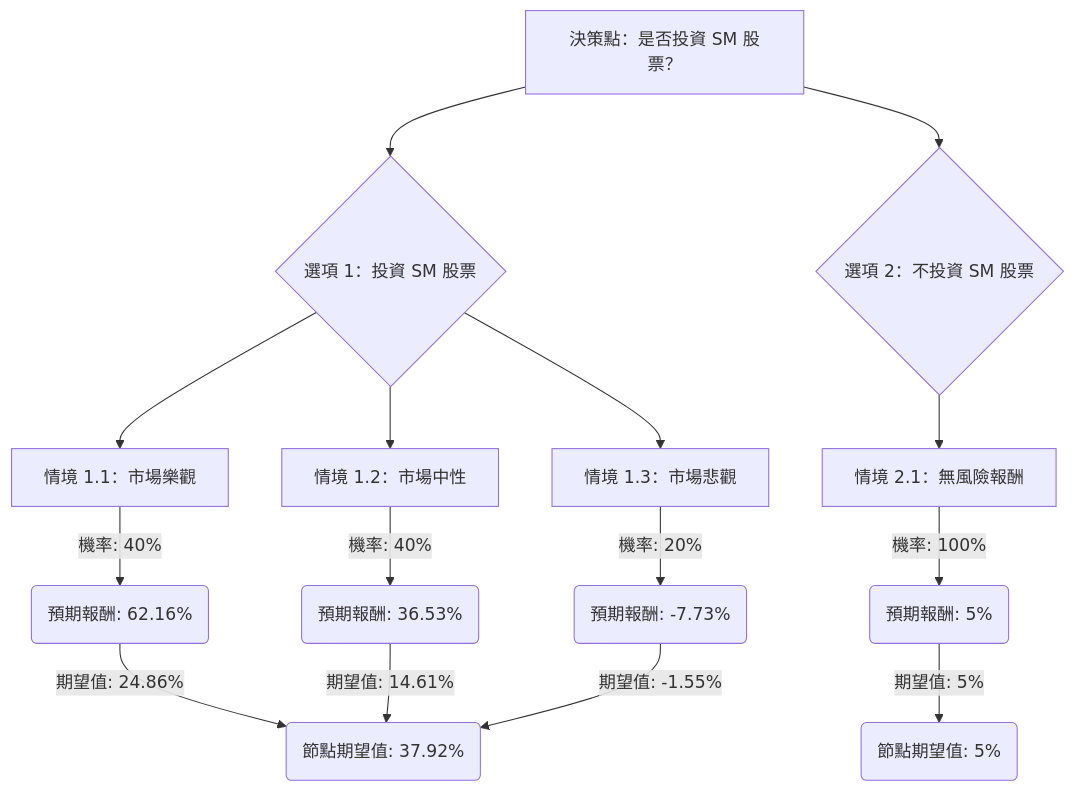
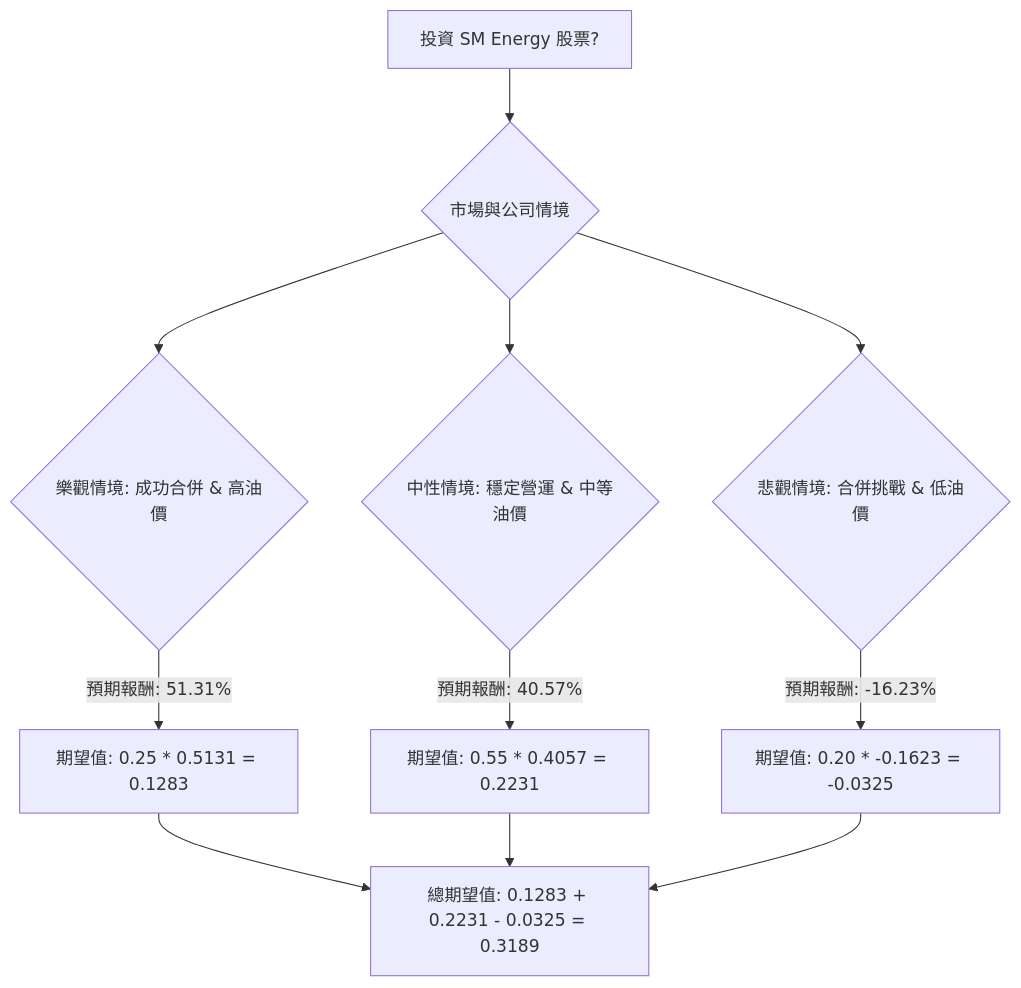
The diagram in plugin-react/ai-analysis/ev-analysis/SM.md (zmcx16/zmcx16.github.io), drawn with Mermaid before and after one commit. The commit also changed other lines of this file and 76 other files, not shown here.

````diff
--- a/plugin-react/ai-analysis/ev-analysis/SM.md
+++ b/plugin-react/ai-analysis/ev-analysis/SM.md
@@ -60,21 +22,15 @@
 ```mermaid
 graph TD
-    A[決策點：是否投資 SM 股票？] --> B{選項 1：投資 SM 股票}
-    A --> C{選項 2：不投資 SM 股票}
+    A[投資 SM Energy 股票?] --> B{市場與公司情境}
+    B --> C{樂觀情境: 成功合併 & 高油價}
+    B --> D{中性情境: 穩定營運 & 中等油價}
+    B --> E{悲觀情境: 合併挑戰 & 低油價}
 
-    B --> D[情境 1.1：市場樂觀]
-    D -- 機率: 40% --> D1(預期報酬: 62.16%)
-    D1 -- 期望值: 24.86% --> B_EV(節點期望值: 37.92%)
+    C -- 預期報酬: 51.31% --> C1[期望值: 0.25 * 0.5131 = 0.1283]
+    D -- 預期報酬: 40.57% --> D1[期望值: 0.55 * 0.4057 = 0.2231]
+    E -- 預期報酬: -16.23% --> E1[期望值: 0.20 * -0.1623 = -0.0325]
 
-    B --> E[情境 1.2：市場中性]
-    E -- 機率: 40% --> E1(預期報酬: 36.53%)
-    E1 -- 期望值: 14.61% --> B_EV
-
-    B --> F[情境 1.3：市場悲觀]
-    F -- 機率: 20% --> F1(預期報酬: -7.73%)
-    F1 -- 期望值: -1.55% --> B_EV
-
-    C --> G[情境 2.1：無風險報酬]
-    G -- 機率: 100% --> G1(預期報酬: 5%)
-    G1 -- 期望值: 5% --> C_EV(節點期望值: 5%)
+    C1 --> F[總期望值: 0.1283 + 0.2231 - 0.0325 = 0.3189]
+    D1 --> F
+    E1 --> F
 ```
````
